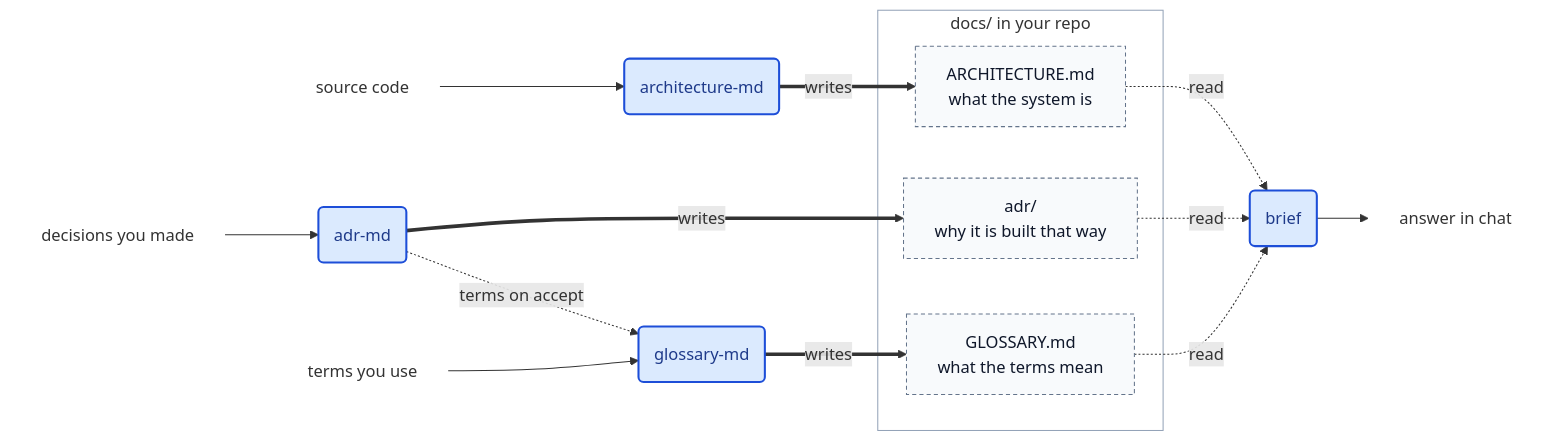
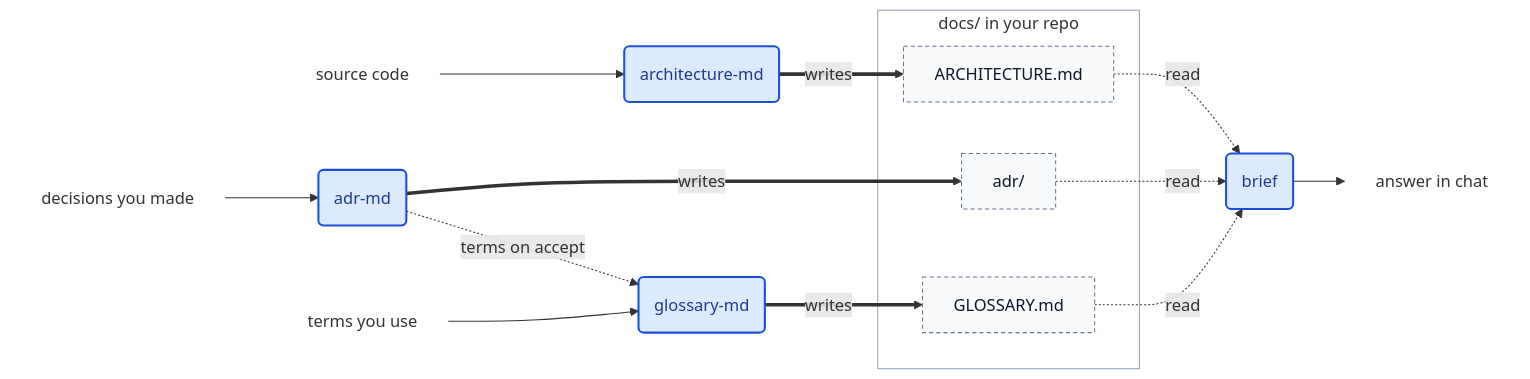
The diagram in README.md (cdvel/architecture-skills), drawn with Mermaid before and after one commit.

Commit message:
docs: drop file descriptions from diagram

````diff
--- a/README.md
+++ b/README.md
@@ -217,25 +217,25 @@
 ```mermaid
 flowchart LR
   code["source code"]:::io --> am("architecture-md"):::skill
   dec["decisions you made"]:::io --> ad("adr-md"):::skill
   words["terms you use"]:::io --> gm("glossary-md"):::skill
   ad -. terms on accept .-> gm
 
   subgraph docs["docs/ in your repo"]
-    A["ARCHITECTURE.md<br/>what the system is"]:::file
-    D["adr/<br/>why it is built that way"]:::file
-    G["GLOSSARY.md<br/>what the terms mean"]:::file
+    A["ARCHITECTURE.md"]:::file
+    D["adr/"]:::file
+    G["GLOSSARY.md"]:::file
   end
 
   am == writes ==> A
   ad == writes ==> D
   gm == writes ==> G
 
   A & D & G -. read .-> br("brief"):::skill
   br --> chat["answer in chat"]:::io
 
   classDef skill fill:#dbeafe,stroke:#1d4ed8,stroke-width:2px,color:#1e3a8a
   classDef file fill:#f8fafc,stroke:#64748b,stroke-dasharray:4 3,color:#0f172a
   classDef io fill:none,stroke:none
   style docs fill:none,stroke:#94a3b8
 ```
````
